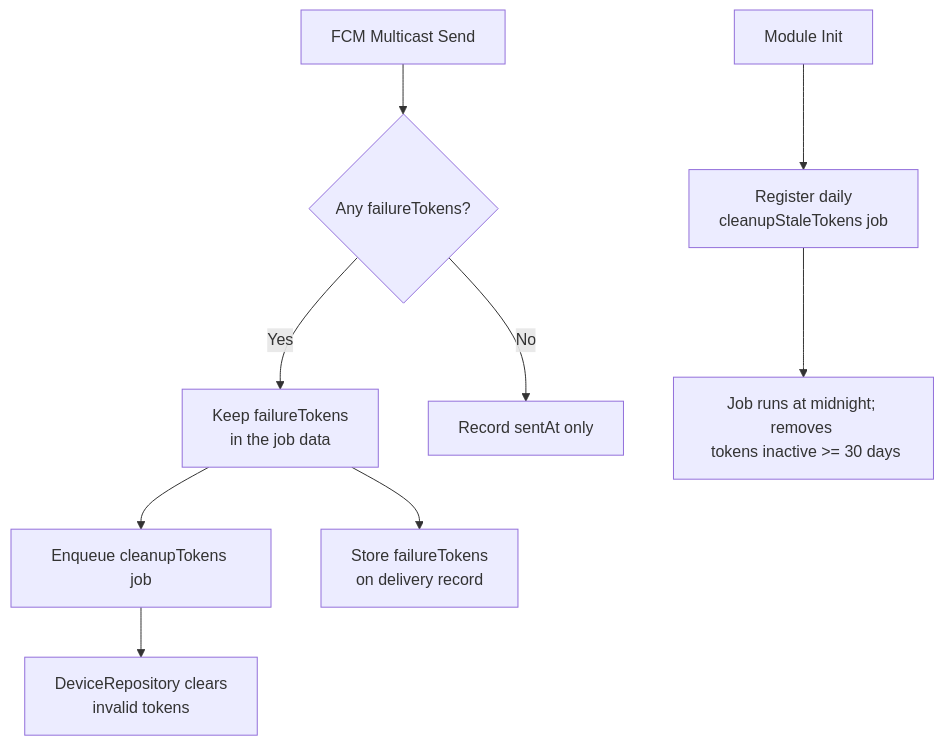
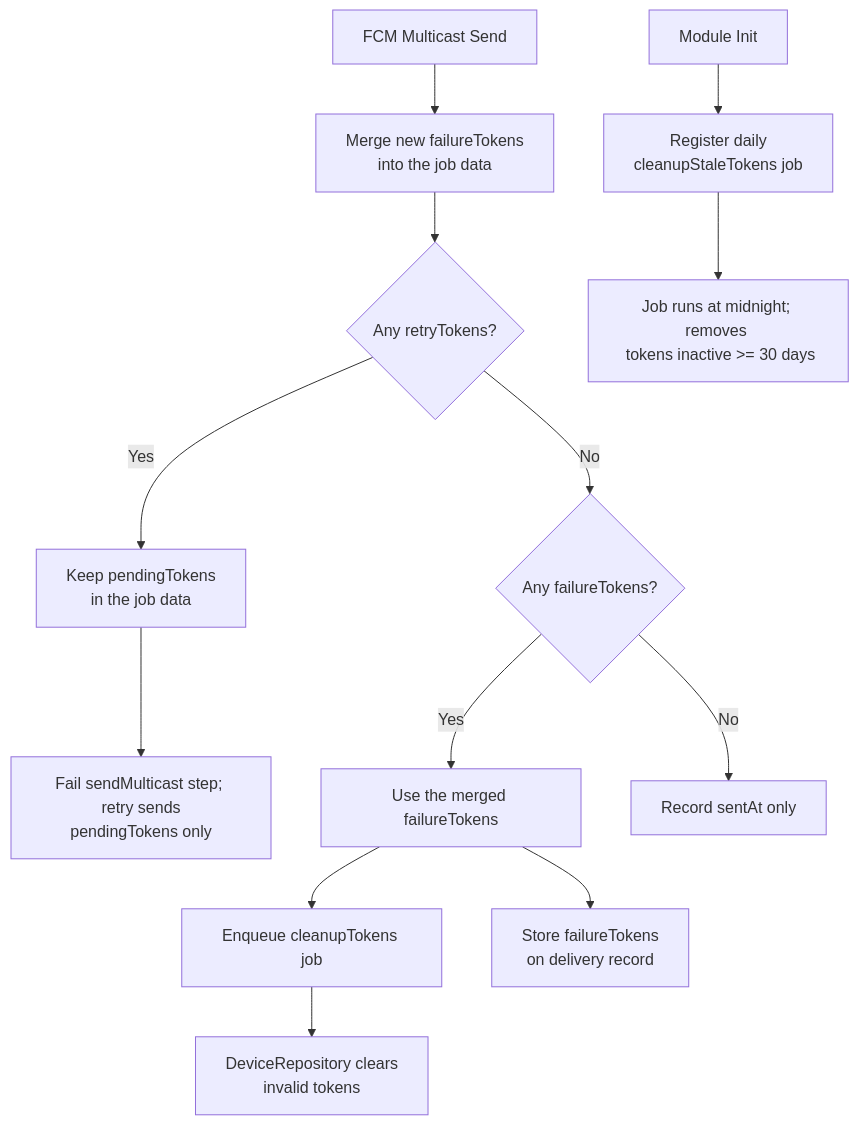
Before and after one commit to andrechristikan/ack-nestjs-boilerplate: the second of 3 diagrams in docs/notification.md, drawn with Mermaid. The commit also changed other lines of this file and 387 other files, not shown here.

Commit message:
refactor: Base pagination search, activity-log naming, FCM token retry, and typed error handling

````diff
--- a/docs/notification.md
+++ b/docs/notification.md
@@ -530,12 +543,16 @@
 ```mermaid
 graph TD
-    A[FCM Multicast Send] --> B{Any failureTokens?}
-    B -->|Yes| C[Keep failureTokens <br/> in the job data]
+    A[FCM Multicast Send] --> M[Merge new failureTokens <br/> into the job data]
+    M --> R{Any retryTokens?}
+    R -->|Yes| P[Keep pendingTokens <br/> in the job data]
+    P --> Q[Fail sendMulticast step; <br/> retry sends pendingTokens only]
+    R -->|No| B{Any failureTokens?}
+    B -->|Yes| C[Use the merged failureTokens]
     C --> D[Enqueue cleanupTokens job]
     C --> E[Store failureTokens <br/> on delivery record]
     D --> J[DeviceRepository clears <br/> invalid tokens]
     B -->|No| F[Record sentAt only]
 
     G[Module Init] --> H[Register daily <br/> cleanupStaleTokens job]
     H --> I[Job runs at midnight; removes <br/> tokens inactive >= 30 days]
 ```
````
